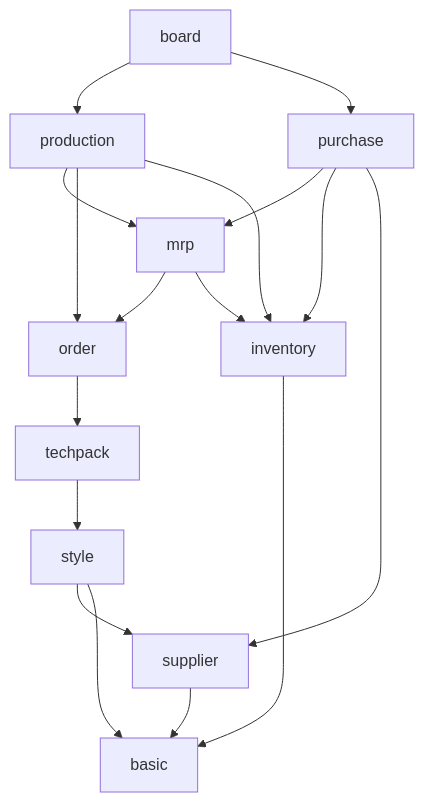
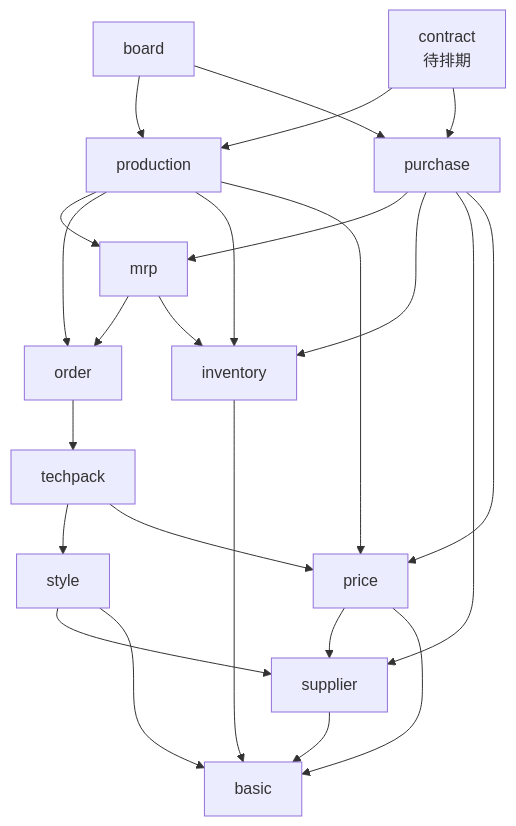
Before and after one commit to xiaoliangao/lingmao: the second of 2 diagrams in docs/架构设计.md, drawn with Mermaid. The commit also changed other lines of this file and 2 other files, not shown here.

First line of the commit message:
文档: 按甲方 11-11 反馈改 PRD v0.5、架构 v0.3

````diff
--- a/docs/架构设计.md
+++ b/docs/架构设计.md
@@ -95,19 +102,26 @@
 ```mermaid
 flowchart TB
   bd[board] --> prd[production]
   bd --> pur[purchase]
+  ctr[contract<br/>待排期] --> prd
+  ctr --> pur
   prd --> mrp[mrp]
   prd --> ord[order]
   prd --> inv[inventory]
+  prd --> prc[price]
   pur --> mrp
   pur --> inv
   pur --> sup[supplier]
+  pur --> prc
   mrp --> ord
   mrp --> inv
   ord --> tp[techpack]
   tp --> sty[style]
+  tp --> prc
+  prc --> sup
+  prc --> bas
   sty --> sup
   sup --> bas[basic]
   inv --> bas
   sty --> bas
 ```
````
